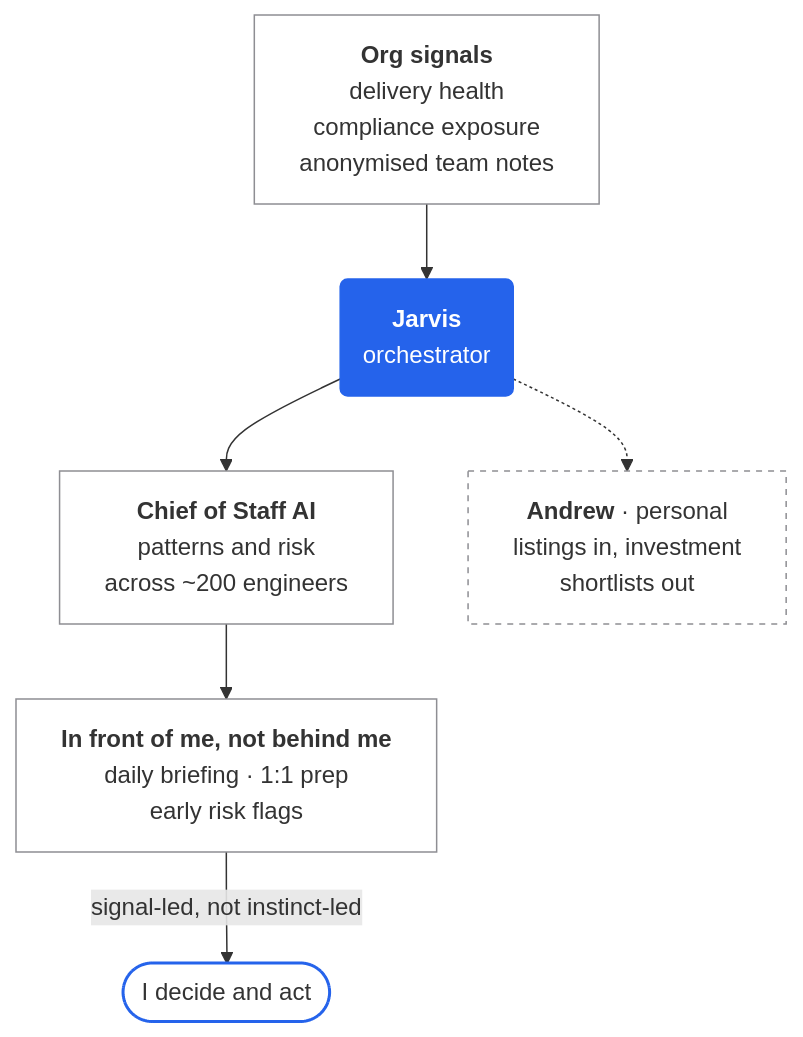
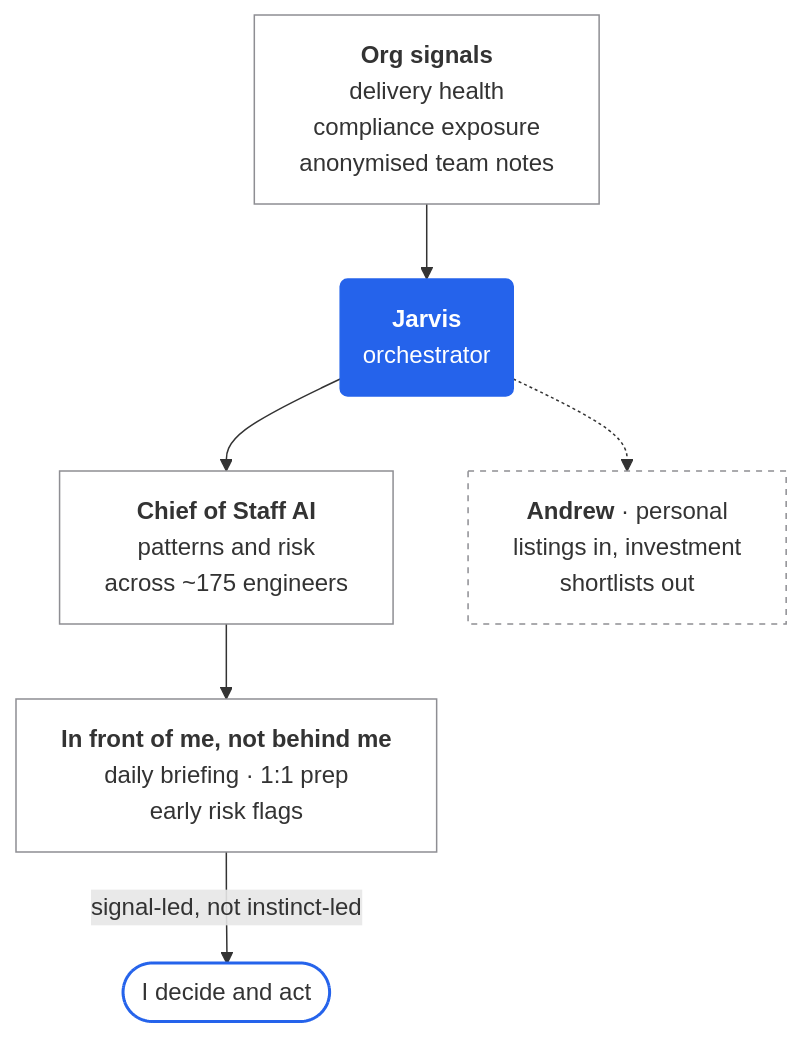
Before and after one commit to paul-southall/paul-southall: the second of 2 diagrams in README.md, drawn with Mermaid. The commit also changed other lines of this file, not shown here.

````diff
--- a/README.md
+++ b/README.md
@@ -76,22 +76,22 @@
 ```mermaid
 %%{init: {"flowchart": {"wrappingWidth": 320}}}%%
 flowchart TB
     signals["<b>Org signals</b><br/>delivery health<br/>compliance exposure<br/>anonymised team notes"]
     jarvis("<b>Jarvis</b><br/>orchestrator")
-    cos["<b>Chief of Staff AI</b><br/>patterns and risk<br/>across ~200 engineers"]
+    cos["<b>Chief of Staff AI</b><br/>patterns and risk<br/>across ~175 engineers"]
     front["<b>In front of me, not behind me</b><br/>daily briefing · 1:1 prep<br/>early risk flags"]
     me(["I decide and act"])
     andrew["<b>Andrew</b> · personal<br/>listings in, investment<br/>shortlists out"]
 
     signals --> jarvis --> cos --> front
     front -- "signal-led, not instinct-led" --> me
     jarvis -.-> andrew
 
     classDef default fill:transparent,stroke:#8E8E93,stroke-width:1px
     classDef hub fill:#2563EB,stroke:#2563EB,color:#FFFFFF
     classDef human fill:transparent,stroke:#2563EB,stroke-width:2px
     classDef side fill:transparent,stroke:#8E8E93,stroke-width:1px,stroke-dasharray:4 4
     class jarvis hub
     class me human
     class andrew side
 ```
````
